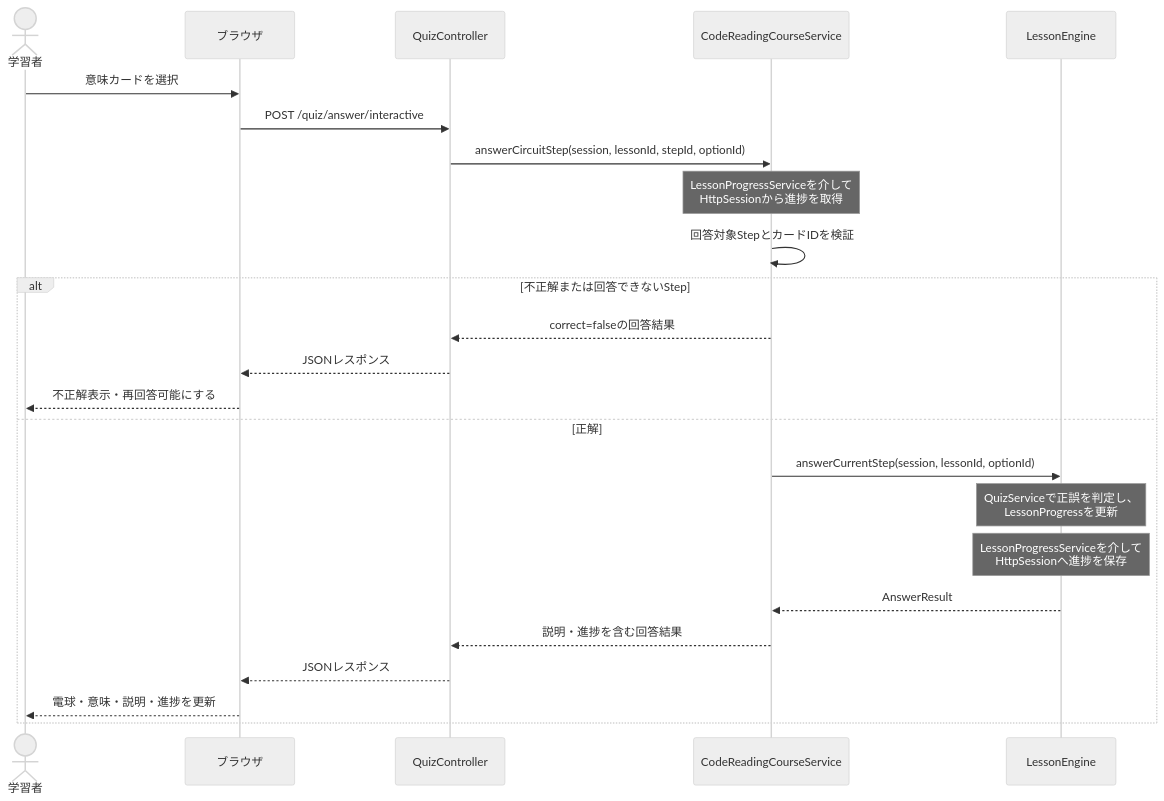
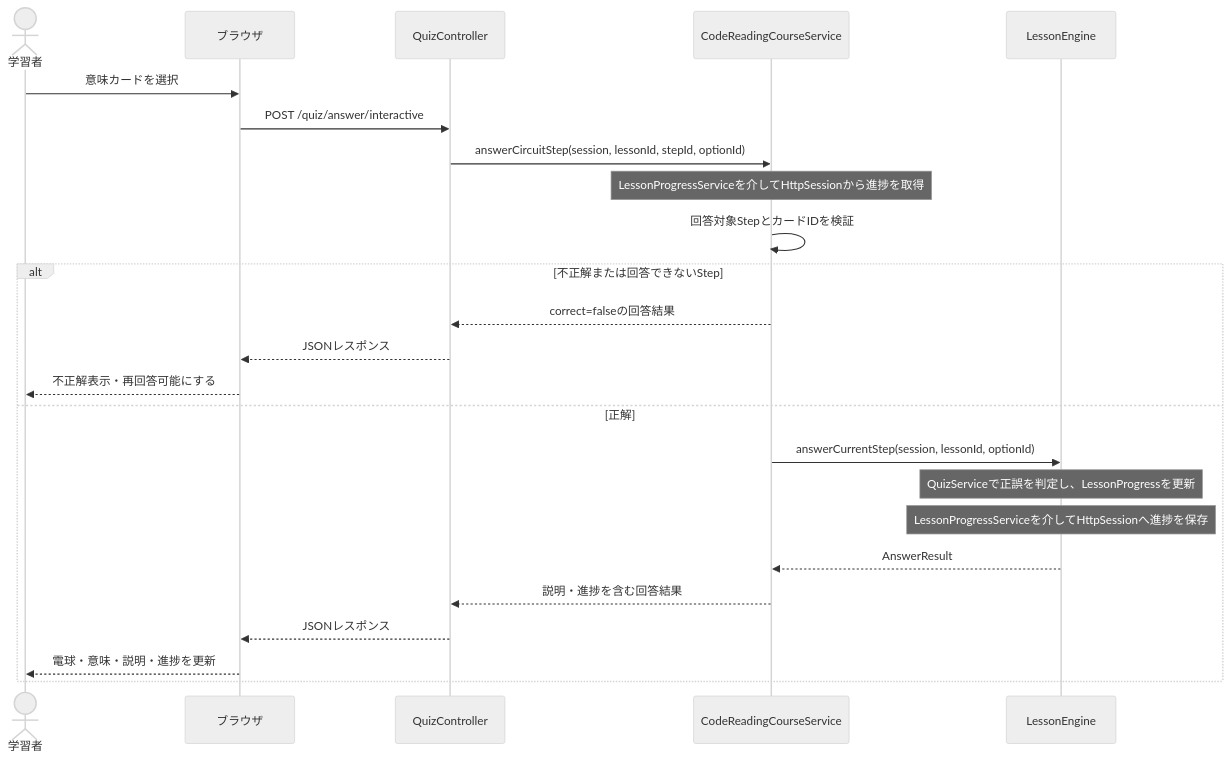
The diagram in docs/02_設計書/01_概要設計.md (kawaj-dev/java-link), drawn with Mermaid (neutral theme) before and after one commit.

Commit message:
Fix Mermaid rendering on GitHub

````diff
--- a/docs/02_設計書/01_概要設計.md
+++ b/docs/02_設計書/01_概要設計.md
@@ -318,29 +318,29 @@
 ```mermaid
 sequenceDiagram
     actor User as 学習者
     participant Browser as ブラウザ
     participant Controller as QuizController
     participant Course as CodeReadingCourseService
     participant Engine as LessonEngine
 
     User->>Browser: 意味カードを選択
     Browser->>Controller: POST /quiz/answer/interactive
     Controller->>Course: answerCircuitStep(session, lessonId, stepId, optionId)
 
-    Note over Course: LessonProgressServiceを介して<br/>HttpSessionから進捗を取得
+    Note over Course: LessonProgressServiceを介してHttpSessionから進捗を取得
     Course->>Course: 回答対象StepとカードIDを検証
 
     alt 不正解または回答できないStep
         Course-->>Controller: correct=falseの回答結果
         Controller-->>Browser: JSONレスポンス
         Browser-->>User: 不正解表示・再回答可能にする
     else 正解
         Course->>Engine: answerCurrentStep(session, lessonId, optionId)
-        Note over Engine: QuizServiceで正誤を判定し、<br/>LessonProgressを更新
-        Note over Engine: LessonProgressServiceを介して<br/>HttpSessionへ進捗を保存
+        Note over Engine: QuizServiceで正誤を判定し、LessonProgressを更新
+        Note over Engine: LessonProgressServiceを介してHttpSessionへ進捗を保存
         Engine-->>Course: AnswerResult
         Course-->>Controller: 説明・進捗を含む回答結果
         Controller-->>Browser: JSONレスポンス
         Browser-->>User: 電球・意味・説明・進捗を更新
     end
 ```
````
